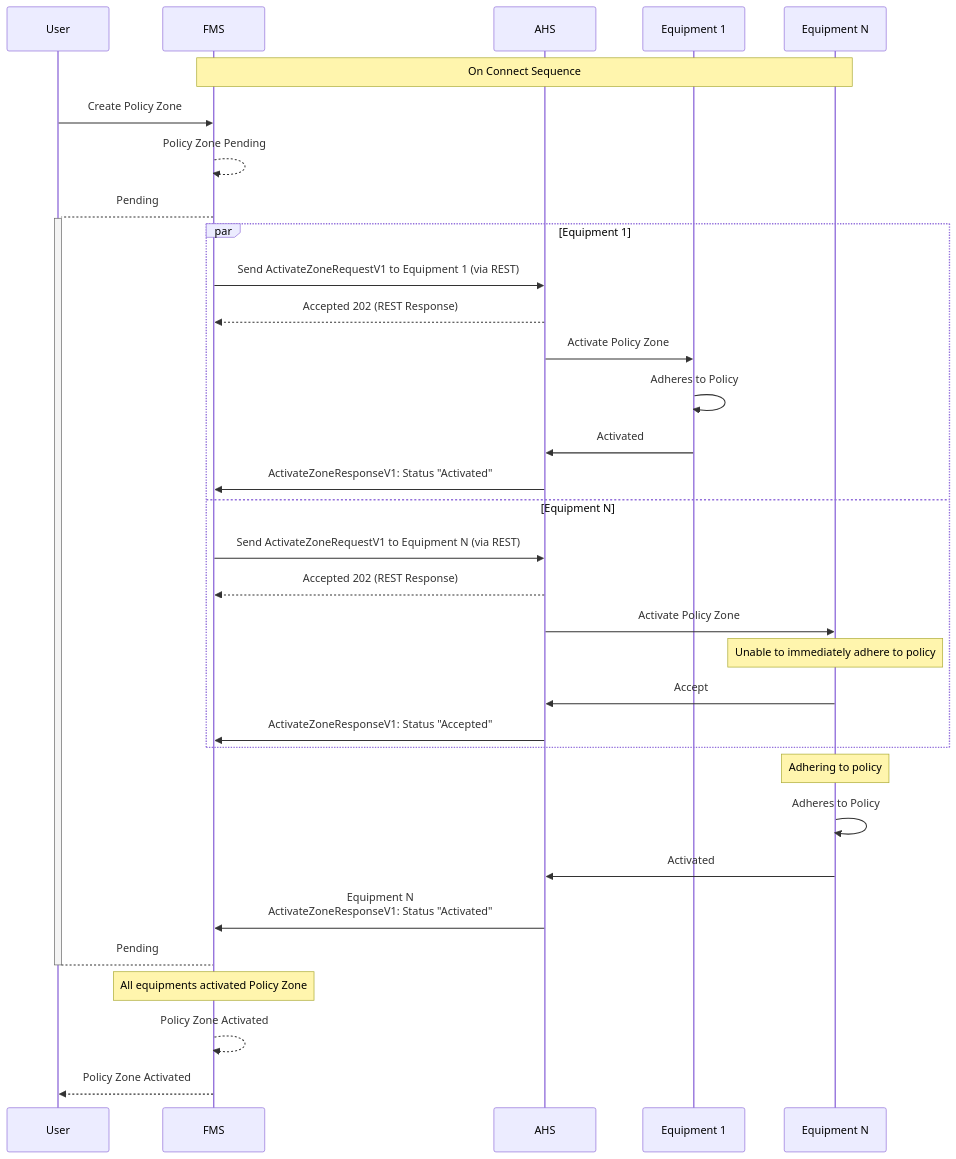
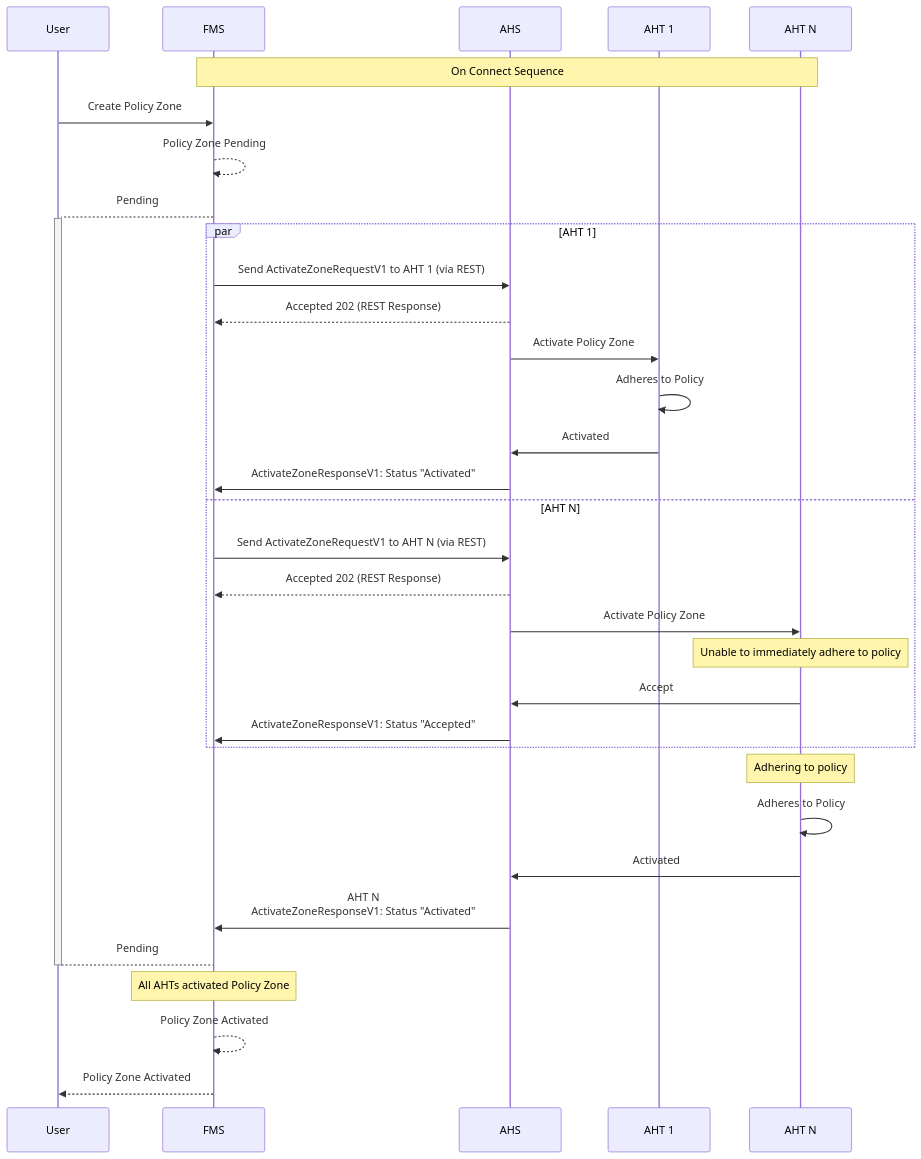
Before and after one commit to open-autonomy/zone: the fourth of 4 diagrams in diagram/PolicyZoneActivation.md, drawn with Mermaid. The commit also changed other lines of this file and 15 other files, not shown here.

Commit message:
updated language equipment to AHT

````diff
--- a/diagram/PolicyZoneActivation.md
+++ b/diagram/PolicyZoneActivation.md
@@ -106,37 +106,37 @@
 ```mermaid
 sequenceDiagram
     participant User
     participant FMS
     participant AHS
-    participant Equipment 1
-    participant Equipment N
+    participant AHT 1
+    participant AHT N
 
-    Note over FMS,Equipment N: On Connect Sequence
+    Note over FMS,AHT N: On Connect Sequence
     User->>FMS: Create Policy Zone
     FMS-->>FMS: Policy Zone Pending
     FMS-->+User: Pending
-    par Equipment 1
-        FMS->>AHS: Send ActivateZoneRequestV1 to Equipment 1 (via REST)
+    par AHT 1
+        FMS->>AHS: Send ActivateZoneRequestV1 to AHT 1 (via REST)
         AHS-->>FMS: Accepted 202 (REST Response)
-        AHS->>Equipment 1: Activate Policy Zone
-        Equipment 1->>Equipment 1: Adheres to Policy
-        Equipment 1->>AHS: Activated
+        AHS->>AHT 1: Activate Policy Zone
+        AHT 1->>AHT 1: Adheres to Policy
+        AHT 1->>AHS: Activated
         AHS->>FMS: ActivateZoneResponseV1: Status "Activated"
-    and Equipment N
-        FMS->>AHS: Send ActivateZoneRequestV1 to Equipment N (via REST)
+    and AHT N
+        FMS->>AHS: Send ActivateZoneRequestV1 to AHT N (via REST)
         AHS-->>FMS: Accepted 202 (REST Response)
-        AHS->>Equipment N: Activate Policy Zone
-        Note Over Equipment N: Unable to immediately adhere to policy
-        Equipment N->>AHS: Accept
+        AHS->>AHT N: Activate Policy Zone
+        Note Over AHT N: Unable to immediately adhere to policy
+        AHT N->>AHS: Accept
         AHS->>FMS: ActivateZoneResponseV1: Status "Accepted"
     end 
-    Note Over Equipment N: Adhering to policy
-    Equipment N->>Equipment N: Adheres to Policy
-    Equipment N->>AHS: Activated
+    Note Over AHT N: Adhering to policy
+    AHT N->>AHT N: Adheres to Policy
+    AHT N->>AHS: Activated
     
-    AHS->>FMS: Equipment N <br/> ActivateZoneResponseV1: Status "Activated"
+    AHS->>FMS: AHT N <br/> ActivateZoneResponseV1: Status "Activated"
     User-->-FMS: Pending
-    Note Over FMS: All equipments activated Policy Zone
+    Note Over FMS: All AHTs activated Policy Zone
     FMS-->>FMS: Policy Zone Activated
     FMS-->>User: Policy Zone Activated
 ```
````
